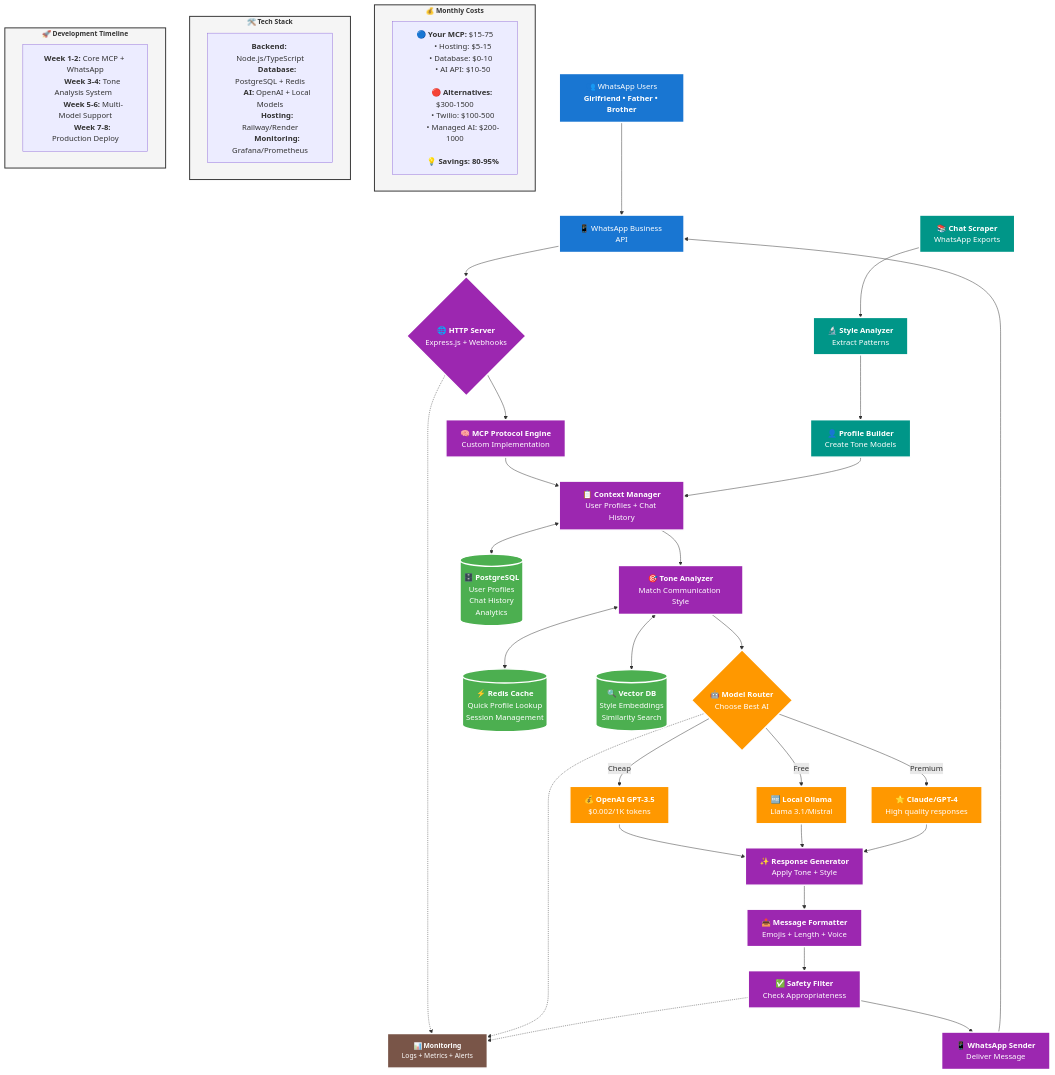
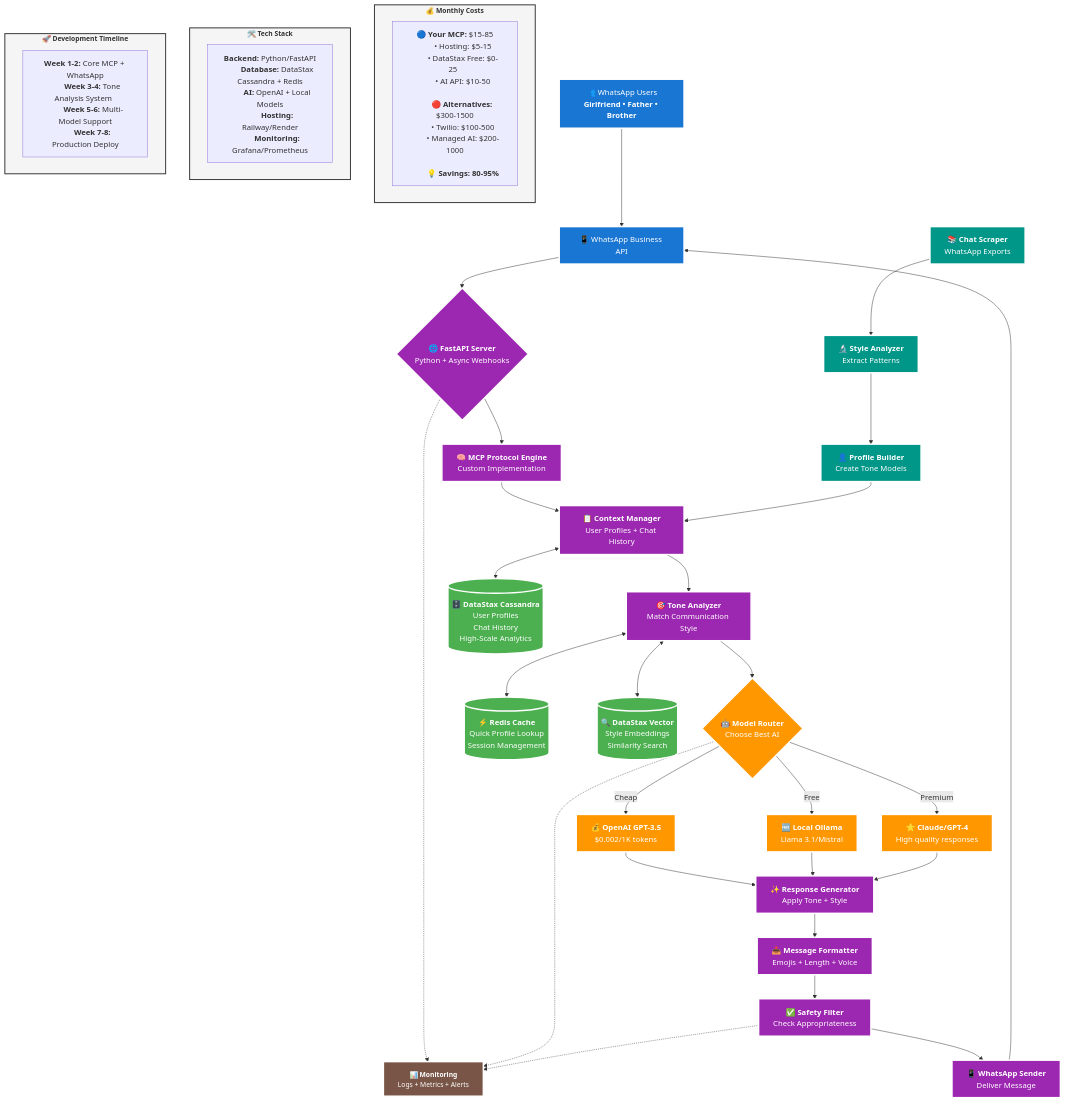
Before and after one commit to Shine-5705/WhatStyle_WhatsAppInYourStyle: the diagram in README.md, drawn with Mermaid.

Commit message:
updated Teach stack

````diff
--- a/README.md
+++ b/README.md
@@ -6,7 +6,7 @@
     A[👥 WhatsApp Users<br/><b>Girlfriend • Father • Brother</b>] --> B[📱 WhatsApp Business API]
     
     %% Entry Point
-    B --> C{🌐 <b>HTTP Server</b><br/>Express.js + Webhooks}
+    B --> C{🌐 <b>FastAPI Server</b><br/>Python + Async Webhooks}
     
     %% Core MCP Engine
     C --> D[🧠 <b>MCP Protocol Engine</b><br/>Custom Implementation]
@@ -29,9 +29,9 @@
     N --> B
     
     %% Data Storage
-    E <--> O[(🗄️ <b>PostgreSQL</b><br/>User Profiles<br/>Chat History<br/>Analytics)]
+    E <--> O[(🗄️ <b>DataStax Cassandra</b><br/>User Profiles<br/>Chat History<br/>High-Scale Analytics)]
     F <--> P[(⚡ <b>Redis Cache</b><br/>Quick Profile Lookup<br/>Session Management)]
-    F <--> Q[(🔍 <b>Vector DB</b><br/>Style Embeddings<br/>Similarity Search)]
+    F <--> Q[(🔍 <b>DataStax Vector</b><br/>Style Embeddings<br/>Similarity Search)]
     
     %% Training Pipeline
     R[📚 <b>Chat Scraper</b><br/>WhatsApp Exports] --> S[🔬 <b>Style Analyzer</b><br/>Extract Patterns]
@@ -45,9 +45,9 @@
     
     %% Cost Breakdown
     subgraph COSTS[💰 <b>Monthly Costs</b>]
-        V["🔵 <b>Your MCP:</b> $15-75
+        V["🔵 <b>Your MCP:</b> $15-85
         • Hosting: $5-15
-        • Database: $0-10  
+        • DataStax Free: $0-25  
         • AI API: $10-50
         
         🔴 <b>Alternatives:</b> $300-1500
@@ -59,8 +59,8 @@
     
     %% Tech Stack
     subgraph TECH[🛠️ <b>Tech Stack</b>]
-        W["<b>Backend:</b> Node.js/TypeScript
-        <b>Database:</b> PostgreSQL + Redis
+        W["<b>Backend:</b> Python/FastAPI
+        <b>Database:</b> DataStax Cassandra + Redis
         <b>AI:</b> OpenAI + Local Models
         <b>Hosting:</b> Railway/Render
         <b>Monitoring:</b> Grafana/Prometheus"]
@@ -90,5 +90,4 @@
     class R,S,T trainingNode
     class U monitorNode
     class COSTS,TECH,PHASES infoBox
-
 ```
````
